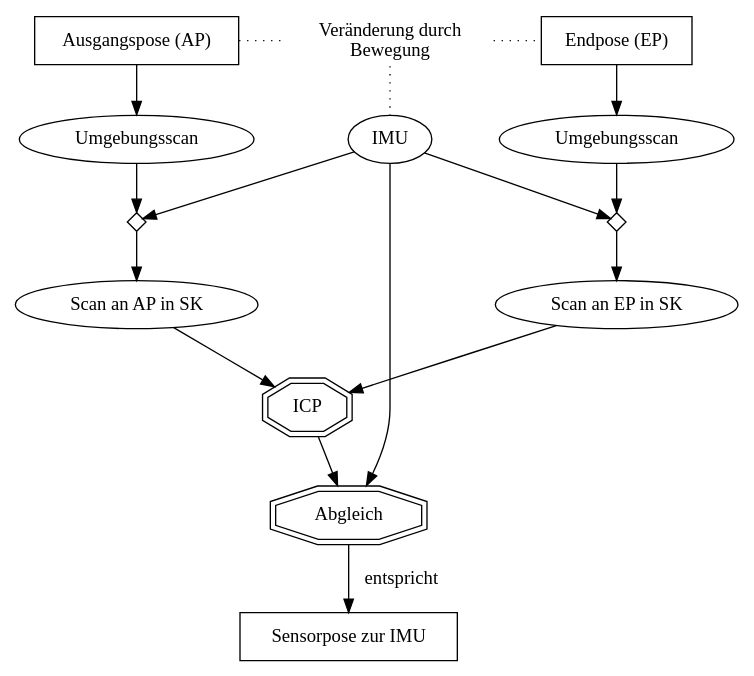
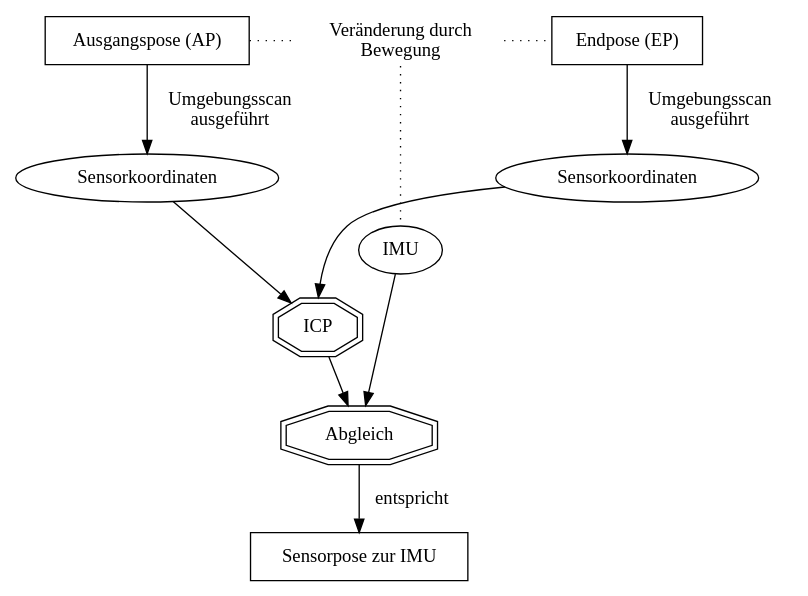
One commit to gismo141/mastersthesis changed the diagram in Diagrams/kalibrierungImSC.dot. Above: the diagram before and after it, drawn with Graphviz. The commit also changed 9 other files, not shown here.

```diff
--- a/Diagrams/kalibrierungImSC.dot
+++ b/Diagrams/kalibrierungImSC.dot
@@ -1,42 +1,30 @@
 digraph SC {
 	Ausgangspose [shape=rectangle, label="Ausgangspose (AP)", group=g1];
 	Bewegung [shape=none, label="Veränderung durch\nBewegung" , group=g2];
 	Endpose [shape=rectangle, label="Endpose (EP)", group=g3];
 	MontagePose [shape=rectangle, label="Sensorpose zur IMU", group=g2];
 	ICP [shape=doubleoctagon, label="ICP", group=g2];
 	IMU [label="IMU", group=g2];
 	Abgleich [shape=doubleoctagon, label="Abgleich", group=g2];
 
-	Scan_AP [label="Umgebungsscan", group=g1];
-	Scan_zu_SK1 [shape=diamond, width=0.2, height=0.2, label="", group=g1];
-	Scan_AP_SK [label="Scan an AP in SK", group=g1];
-	Scan_EP [label="Umgebungsscan", group=g3];
-	Scan_zu_SK2 [shape=diamond, width=0.2, height=0.2, label="", group=g3];
-	Scan_EP_SK [label="Scan an EP in SK", group=g3];
+	Scan_AP [label="Sensorkoordinaten", group=g1];
+	Scan_EP [label="Sensorkoordinaten", group=g3];
 
 	{
 		rank=same;
 			Ausgangspose; Endpose; Bewegung;
 	}
 
-	{
-		rank=same;
-			Scan_zu_SK1; Scan_zu_SK2;
-	}
-
 	Ausgangspose -> Bewegung [style=dotted, arrowhead=none];
 	Bewegung -> Endpose [style=dotted, arrowhead=none];
 	Bewegung -> IMU [style=dotted, arrowhead=none];
-	Ausgangspose -> Scan_AP;
-	Endpose -> Scan_EP;
+	Ausgangspose -> Scan_AP [label=" Umgebungsscan\nausgeführt"];
+	Endpose -> Scan_EP [label=" Umgebungsscan\nausgeführt"];
 
-	Scan_AP -> Scan_zu_SK1 -> Scan_AP_SK -> ICP;
-	Scan_EP -> Scan_zu_SK2 -> Scan_EP_SK -> ICP;
+	Scan_AP -> ICP;
+	Scan_EP -> ICP;
 	ICP -> Abgleich;
-
-	IMU -> Scan_zu_SK1;
-	IMU -> Scan_zu_SK2;
 	IMU -> Abgleich;
 	
 	Abgleich -> MontagePose [label=" entspricht"];
 }
```
